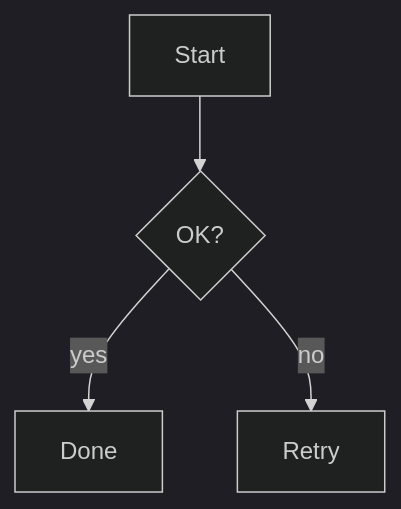
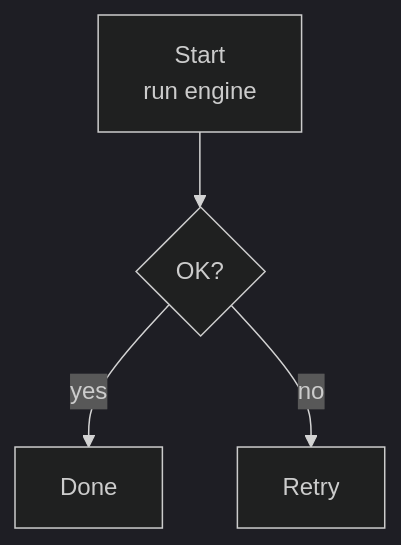
One commit to SosomLab/nexa-dir2 changed the first of 2 diagrams in samples/markdown-viewer/fixtures/sample.md. Above: the diagram before and after it, drawn with Mermaid (dark theme). The commit also changed 1 other file, not shown here.

Commit message:
fix(samples): Mermaid <br/> 멀티라인 라벨·따옴표 간선 라벨·상한 완화(사용자 QA 07-26 — main 직커밋)
- 진범: 실무 순서도의 <br/> 라벨을 그대로 노출 → 박스 폭 폭증 → 캔버스
  상한(1600px) 초과 → SVG 실패 → 텍스트 격자도 상한 초과 → **원문 폴백**.
- 수정: <br/> = 줄바꿈(_mm_lines — 박스 폭 = 최장 줄·높이 = 줄 수 비례·
  줄당 60칸 말줄임)·간선 라벨 따옴표 제거·캔버스 상한 2000px(gdipctx
  일치)·노드 24/간선 60 완화·텍스트 아트 폴백은 라벨 ' / ' 평탄화.
- 픽스처에 <br/>·따옴표 라벨 회귀 케이스 추가 — E2E 6 green·전체 218
  green·clippy 0. subgraph 컨테이너 시각화는 후속(노드는 정상 배치).

````diff
--- a/samples/markdown-viewer/fixtures/sample.md
+++ b/samples/markdown-viewer/fixtures/sample.md
@@ -35,6 +35,6 @@
 ```mermaid
 graph TD
-A[Start] --> B{OK?}
-B -->|yes| C[Done]
+A[Start<br/>run engine] --> B{OK?}
+B -->|"yes"| C[Done]
 B -->|no| D[Retry]
 ```
````
